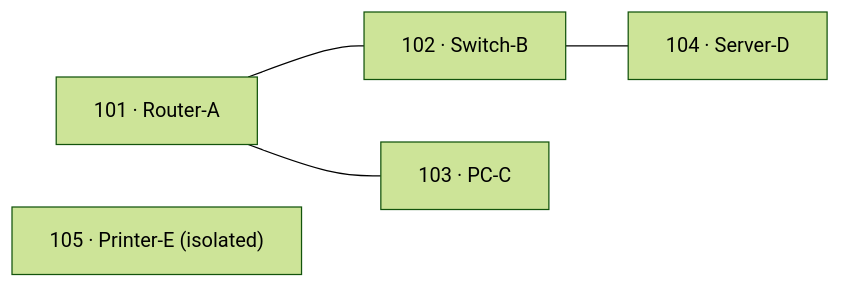
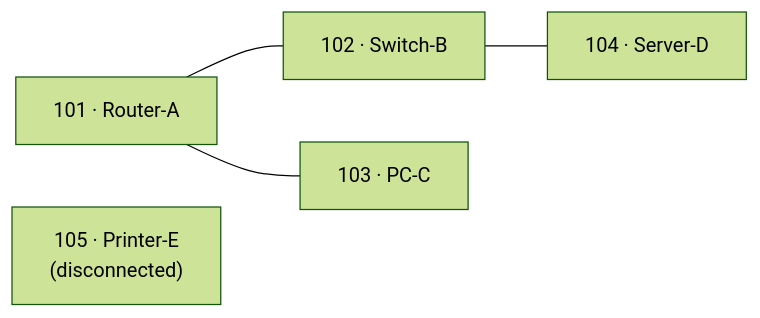
One commit to Kanechiii/nodex changed the second of 2 diagrams in README.md. Above: the diagram before and after it, drawn with Mermaid (forest theme). The commit also changed other lines of this file and 2 other files, not shown here.

````diff
--- a/README.md
+++ b/README.md
@@ -49,7 +70,7 @@
 ```mermaid
 flowchart LR
-    R["101 · Router-A"] --- S["102 · Switch-B"]
-    R --- P["103 · PC-C"]
-    S --- V["104 · Server-D"]
-    I["105 · Printer-E (isolated)"]
+    A["101 · Router-A"] --- B["102 · Switch-B"]
+    A --- C["103 · PC-C"]
+    B --- D["104 · Server-D"]
+    E["105 · Printer-E<br/>(disconnected)"]
 ```
````
